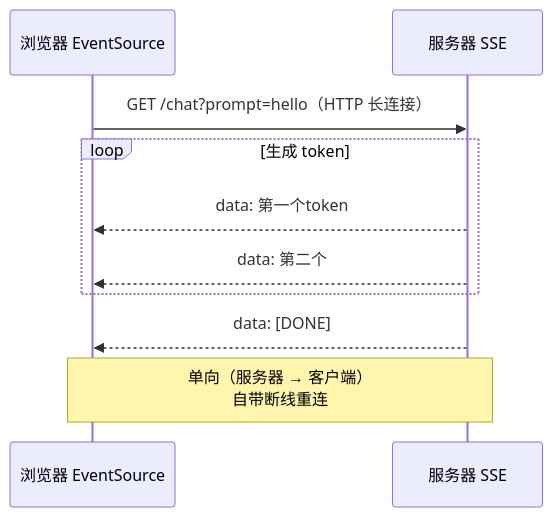
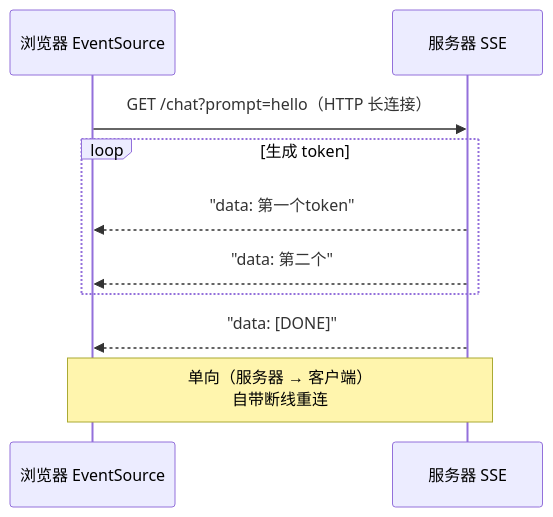
Before and after one commit to UranusGit/java-agent-learn: the second of 4 diagrams in docs/tutorials/langchain4j/06-流式输出.md, drawn with Mermaid. The commit also changed other lines of this file and 137 other files, not shown here.

First line of the commit message:
docs全库mermaid图质量深化：改写残留字符画、补缺图、修坏图

````diff
--- a/docs/tutorials/langchain4j/06-流式输出.md
+++ b/docs/tutorials/langchain4j/06-流式输出.md
@@ -83,12 +83,12 @@
 ```mermaid
 sequenceDiagram
     participant B as 浏览器 EventSource
     participant S as 服务器 SSE
     B->>S: GET /chat?prompt=hello（HTTP 长连接）
     loop 生成 token
-        S-->>B: data: 第一个token
-        S-->>B: data: 第二个
+        S-->>B: "data: 第一个token"
+        S-->>B: "data: 第二个"
     end
-    S-->>B: data: [DONE]
+    S-->>B: "data: [DONE]"
     Note over B,S: 单向（服务器 → 客户端）<br/>自带断线重连
 ```
````
